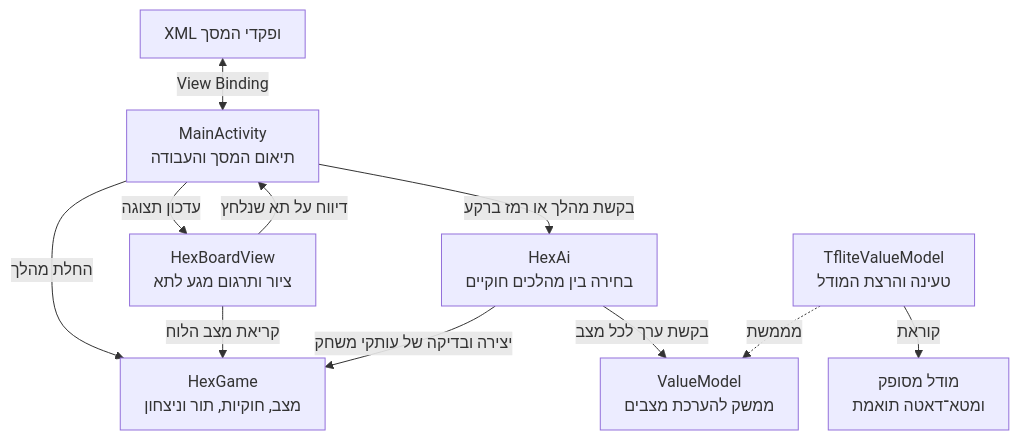
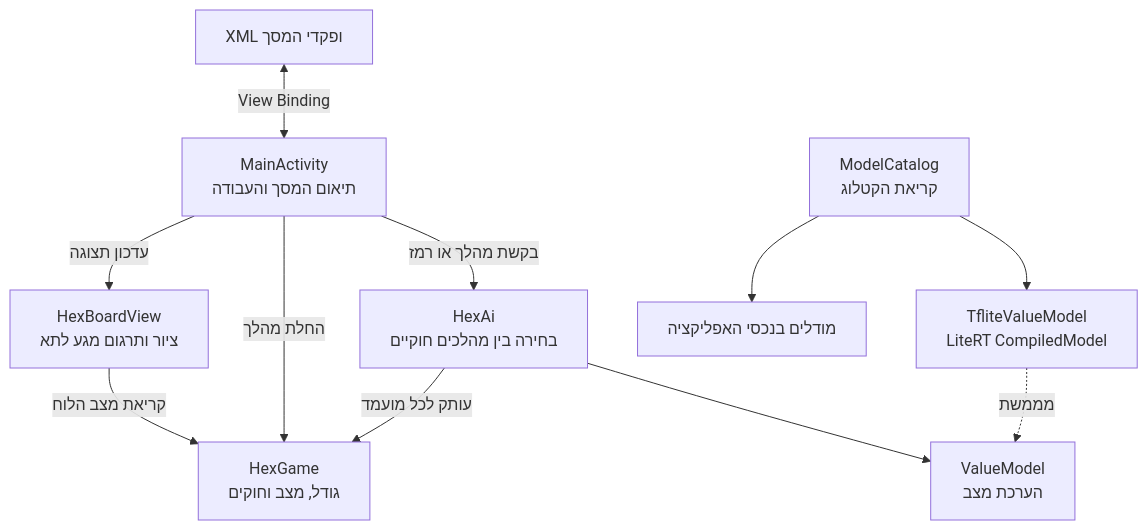
One commit to 3strategy/BeautifulMivney changed the second of 2 diagrams in android/hex5/index.md. Above: the diagram before and after it, drawn with Mermaid. The commit also changed other lines of this file and 10 other files, not shown here.

````diff
--- a/android/hex5/index.md
+++ b/android/hex5/index.md
@@ -68,15 +64,14 @@
-```mermaid
-%%{init: {'flowchart': {'rankSpacing': 28, 'nodeSpacing': 30, 'padding': 12}}}%%
+~~~mermaid
 %% dir: rtl %%
 flowchart TB
     xml["XML ופקדי המסך"] <-->|"View Binding"| activity["MainActivity<br/>תיאום המסך והעבודה"]
     activity -->|"עדכון תצוגה"| board["HexBoardView<br/>ציור ותרגום מגע לתא"]
-    board -->|"דיווח על תא שנלחץ"| activity
-    activity -->|"החלת מהלך"| game["HexGame<br/>מצב, חוקיות, תור וניצחון"]
-    board -->|"קריאת מצב הלוח"| game
-    activity -->|"בקשת מהלך או רמז ברקע"| ai["HexAi<br/>בחירה בין מהלכים חוקיים"]
-    ai -->|"יצירה ובדיקה של עותקי משחק"| game
-    ai -->|"בקשת ערך לכל מצב"| contract["ValueModel<br/>ממשק להערכת מצבים"]
-    loader["TfliteValueModel<br/>טעינה והרצת המודל"] -.->|"מממשת"| contract
-    loader -->|"קוראת"| model["מודל מסופק<br/>ומטא־דאטה תואמת"]
-```
+    board -->|"קריאת מצב הלוח"| game["HexGame<br/>גודל, מצב וחוקים"]
+    activity -->|"החלת מהלך"| game
+    activity -->|"בקשת מהלך או רמז"| ai["HexAi<br/>בחירה בין מהלכים חוקיים"]
+    ai -->|"עותק לכל מועמד"| game
+    ai --> contract["ValueModel<br/>הערכת מצב"]
+    loader["TfliteValueModel<br/>LiteRT CompiledModel"] -.->|"מממשת"| contract
+    catalog["ModelCatalog<br/>קריאת הקטלוג"] --> loader
+    catalog --> assets["מודלים בנכסי האפליקציה"]
+~~~
````
